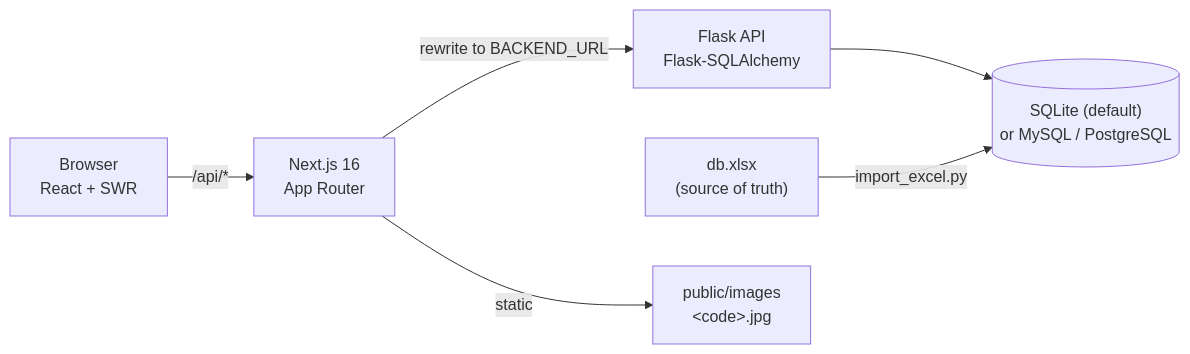
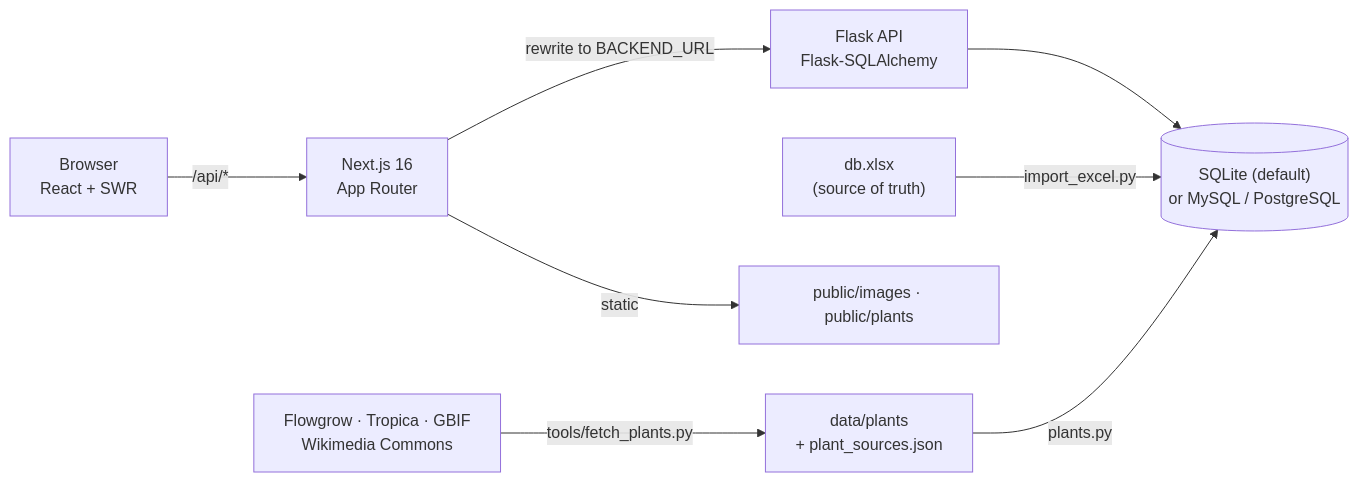
One commit to TheGreatArthur/aquariusproject changed the diagram in README.md. Above: the diagram before and after it, drawn with Mermaid. The commit also changed other lines of this file and 75 other files, not shown here.

First line of the commit message:
feat(plants): plant catalogue scraped from Flowgrow, Tropica, GBIF and Wikimedia Commons (#17)

````diff
--- a/README.md
+++ b/README.md
@@ -42,8 +52,10 @@
 ```mermaid
 flowchart LR
     Browser["Browser<br/>React + SWR"] -->|"/api/*"| Next["Next.js 16<br/>App Router"]
     Next -->|"rewrite to BACKEND_URL"| Flask["Flask API<br/>Flask-SQLAlchemy"]
     Flask --> DB[("SQLite (default)<br/>or MySQL / PostgreSQL")]
     Excel["db.xlsx<br/>(source of truth)"] -->|"import_excel.py"| DB
-    Next -->|"static"| Images["public/images<br/>&lt;code&gt;.jpg"]
+    Sources["Flowgrow · Tropica · GBIF<br/>Wikimedia Commons"] -->|"tools/fetch_plants.py"| Plants["data/plants<br/>+ plant_sources.json"]
+    Plants -->|"plants.py"| DB
+    Next -->|"static"| Images["public/images · public/plants"]
 ```
````
